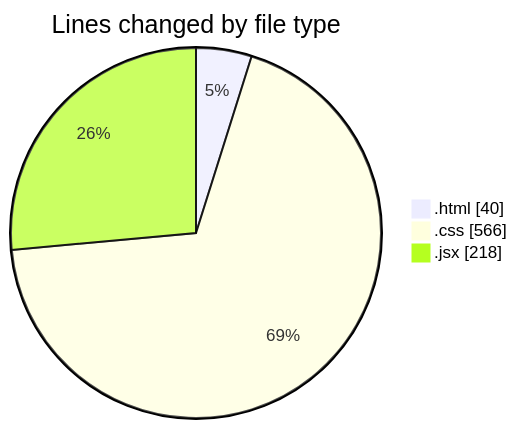
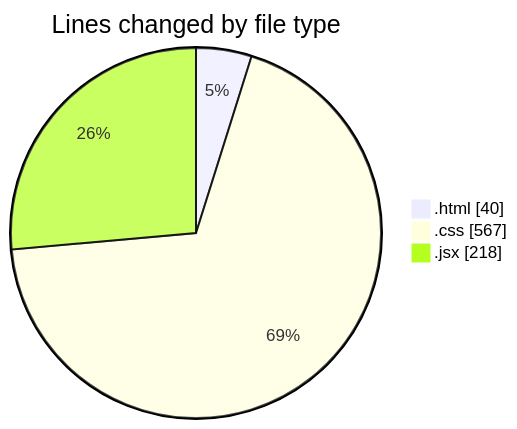
Before and after one commit to Ritupan-Deka/code-tracking: the first of 2 diagrams in 2025-05-26/projects/README.md, drawn with Mermaid. The commit also changed other lines of this file and 1 other file, not shown here.

````diff
--- a/2025-05-26/projects/README.md
+++ b/2025-05-26/projects/README.md
@@ -23,7 +23,7 @@
 ```mermaid
 pie showData
 title Lines changed by file type
 ".html" : 40
-".css" : 566
+".css" : 567
 ".jsx" : 218
 ```
````
